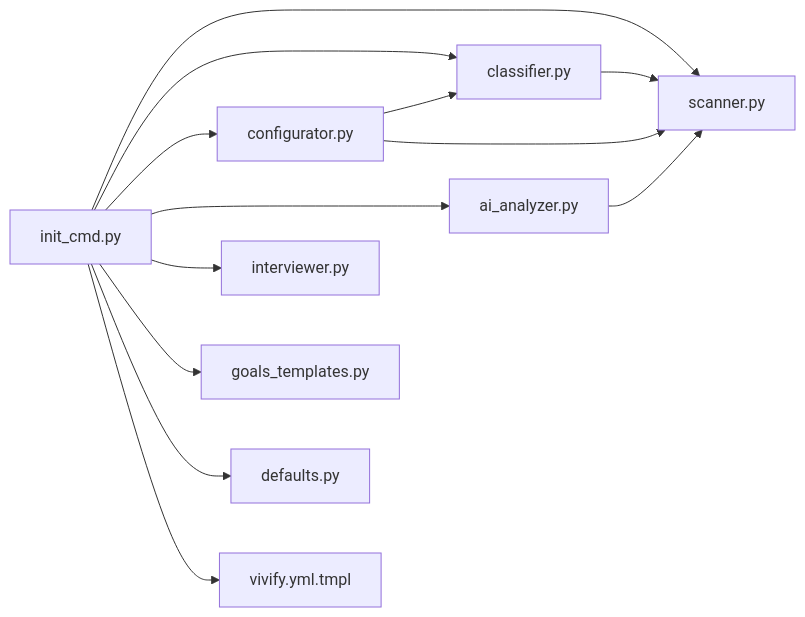
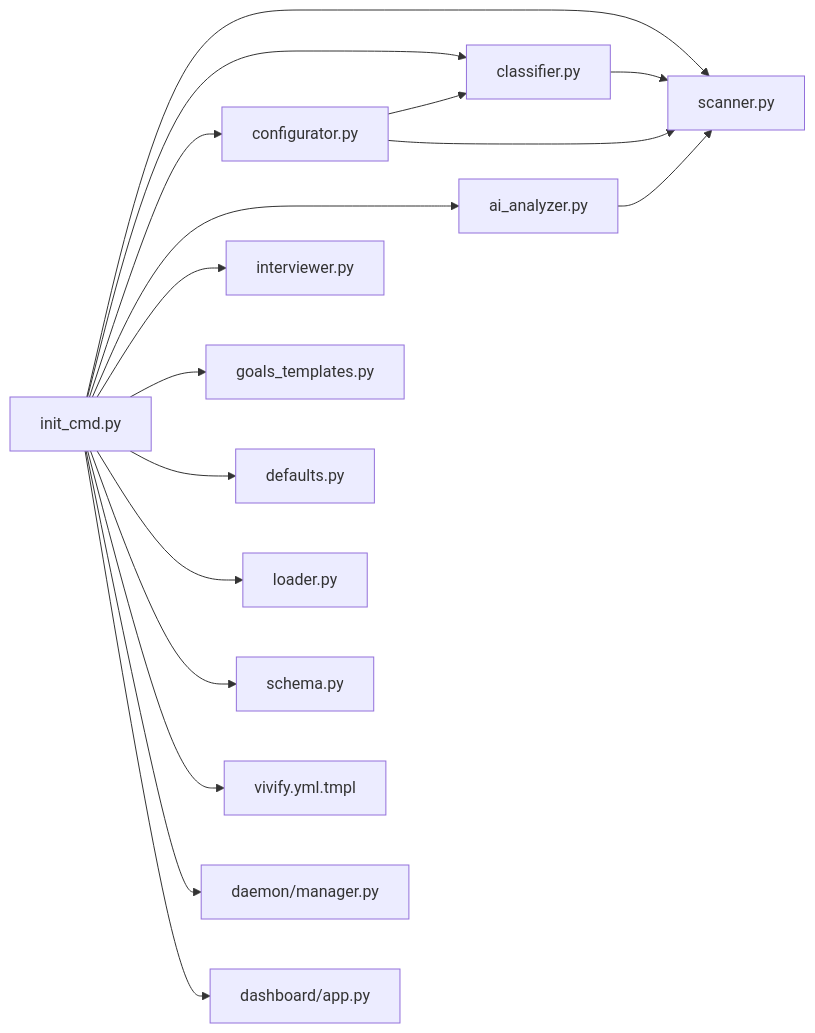
One commit to pinsonchen/vivify changed diagram 14 of 14 in .qoder/repowiki/zh/content/工具和实用程序/CLI初始化命令增强.md. Above: the diagram before and after it, drawn with Mermaid. The commit also changed other lines of this file and 5 other files, not shown here.

````diff
--- a/.qoder/repowiki/zh/content/工具和实用程序/CLI初始化命令增强.md
+++ b/.qoder/repowiki/zh/content/工具和实用程序/CLI初始化命令增强.md
@@ -452,15 +645,19 @@
 ```mermaid
 graph LR
 IC["init_cmd.py"] --> SC["scanner.py"]
 IC --> CL["classifier.py"]
 IC --> CA["configurator.py"]
 IC --> IA["ai_analyzer.py"]
 IC --> IN["interviewer.py"]
 IC --> GTT["goals_templates.py"]
 IC --> DF["defaults.py"]
+IC --> VL["loader.py"]
+IC --> CS["schema.py"]
 IC --> VT["vivify.yml.tmpl"]
+IC --> DM["daemon/manager.py"]
+IC --> DA["dashboard/app.py"]
 CA --> CL
 CA --> SC
 IA --> SC
 CL --> SC
 ```
````
